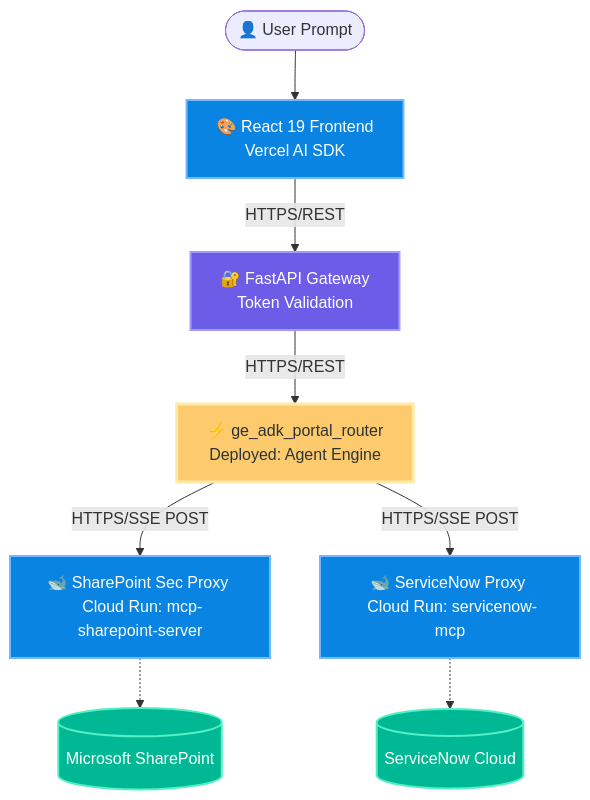
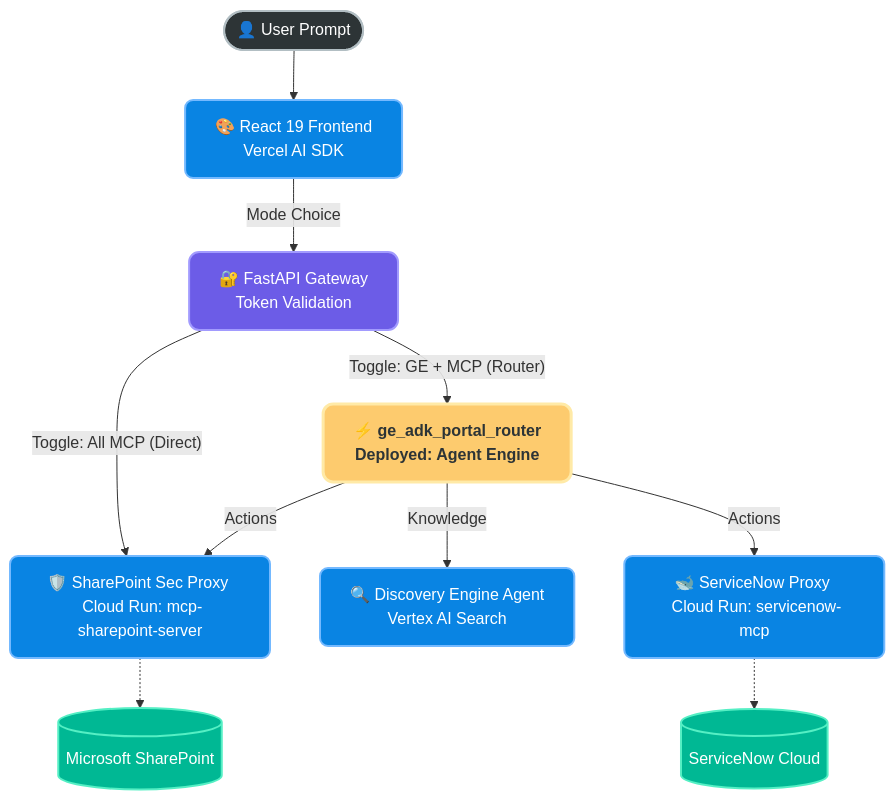
The diagram in antigravity/internal_components_portal_remote/README.md (jchavezar/vertex-ai-samples), drawn with Mermaid before and after one commit.

Commit message:
docs: Update Master Diagram in root README to show Dual-Mode Duality

````diff
--- a/antigravity/internal_components_portal_remote/README.md
+++ b/antigravity/internal_components_portal_remote/README.md
@@ -13,28 +13,31 @@
 ```mermaid
 graph TD
-    classDef user fill:#2d3436,stroke:#b2bec3,stroke-width:2px,color:#fff;
-    classDef RunService fill:#0984e3,stroke:#74b9ff,stroke-width:2px,color:#fff;
-    classDef AgentEngine fill:#fdcb6e,stroke:#ffeaa7,stroke-width:3px,color:#2d3436;
+    classDef user fill:#2d3436,stroke:#b2bec3,stroke-width:2px,color:#fff,rx:15,ry:15;
+    classDef RunService fill:#0984e3,stroke:#74b9ff,stroke-width:2px,color:#fff,rx:8,ry:8;
+    classDef AgentEngine fill:#fdcb6e,stroke:#ffeaa7,stroke-width:3px,color:#2d3436,rx:10,ry:10,font-weight:bold;
     classDef db fill:#00b894,stroke:#55efc4,stroke-width:2px,color:#fff,shape:cylinder;
-    classDef Telemetry fill:#e17055,stroke:#fab1a0,stroke-width:2px,color:#fff;
-    classDef gateway fill:#6c5ce7,stroke:#a29bfe,stroke-width:2px,color:#fff;
+    classDef gateway fill:#6c5ce7,stroke:#a29bfe,stroke-width:2px,color:#fff,rx:10,ry:10;
 
-    Anonymous([👤 User Prompt]) --> UI[🎨 React 19 Frontend \n Vercel AI SDK]:::RunService
-    UI -- "HTTPS/REST" --> Auth[🔐 FastAPI Gateway \n Token Validation]:::gateway
-    Auth -- "HTTPS/REST" --> RouterAgent[⚡ ge_adk_portal_router \n Deployed: Agent Engine]:::AgentEngine
+    User([👤 User Prompt]):::user --> UI[🎨 React 19 Frontend \n Vercel AI SDK]:::RunService
+    UI -- "Mode Choice" --> Auth[🔐 FastAPI Gateway \n Token Validation]:::gateway
 
-    %% Remote Transport layer
-    RouterAgent -- "HTTPS/SSE POST" --> SharePointCR[🐋 SharePoint Sec Proxy \n Cloud Run: mcp-sharepoint-server]:::RunService
-    RouterAgent -- "HTTPS/SSE POST" --> ServiceNowCR[🐋 ServiceNow Proxy \n Cloud Run: servicenow-mcp]:::RunService
+    %% Mode Bifurcation
+    Auth -- "Toggle: All MCP (Direct)" --> SP_Sec[🛡️ SharePoint Sec Proxy \n Cloud Run: mcp-sharepoint-server]:::RunService
+    Auth -- "Toggle: GE + MCP (Router)" --> RouterAgent[⚡ ge_adk_portal_router \n Deployed: Agent Engine]:::AgentEngine
+
+    %% Router Bifurcation
+    RouterAgent -- "Knowledge" --> DE[🔍 Discovery Engine Agent \n Vertex AI Search]:::RunService
+    RouterAgent -- "Actions" --> SN_Proxy[🐋 ServiceNow Proxy \n Cloud Run: servicenow-mcp]:::RunService
+    RouterAgent -- "Actions" --> SP_Sec
 
     %% Target APIs
-    SharePointCR -.-> SharePoint[(Microsoft SharePoint)]:::db
-    ServiceNowCR -.-> ServiceNow[(ServiceNow Cloud)]:::db
+    SP_Sec -.-> SharePoint[(Microsoft SharePoint)]:::db
+    SN_Proxy -.-> ServiceNow[(ServiceNow Cloud)]:::db
 
     %% Click Map Targets (Absolute GitHub URLs)
-    click UI "https://github.com/jchavezar/vertex-ai-samples/tree/main/antigravity/internal_components_portal_remote/frontend" "View Frontend Source"
-    click Auth "https://github.com/jchavezar/vertex-ai-samples/blob/main/antigravity/internal_components_portal_remote/backend/main.py" "View FastAPI Gateway"
-    click RouterAgent "https://github.com/jchavezar/vertex-ai-samples/tree/main/antigravity/internal_components_portal_remote/backend/agents" "View ADK Router Orchestrators"
-    click SharePointCR "https://github.com/jchavezar/vertex-ai-samples/tree/main/antigravity/internal_components_portal_remote/backend/mcp_service" "View SharePoint MCP"
-    click ServiceNowCR "https://github.com/jchavezar/vertex-ai-samples/tree/main/antigravity/internal_components_portal_remote/backend/servicenow_mcp" "View ServiceNow MCP"
+    click UI "https://github.com/jchavezar/vertex-ai-samples/tree/main/antigravity/internal_components_portal_remote/frontend" "View Frontend Code"
+    click Auth "https://github.com/jchavezar/vertex-ai-samples/blob/main/antigravity/internal_components_portal_remote/backend/main.py" "View Gateway Logic"
+    click RouterAgent "https://github.com/jchavezar/vertex-ai-samples/tree/main/antigravity/internal_components_portal_remote/backend/agents/docs/router.md" "ADK Intent Routing"
+    click SP_Sec "https://github.com/jchavezar/vertex-ai-samples/blob/main/antigravity/internal_components_portal_remote/backend/agents/docs/security_proxy.md" "Zero-Leak SharePoint Search"
+    click SN_Proxy "https://github.com/jchavezar/vertex-ai-samples/blob/main/antigravity/internal_components_portal_remote/backend/agents/docs/servicenow_proxy.md" "ServiceNow Agent Info"
 ```
````
